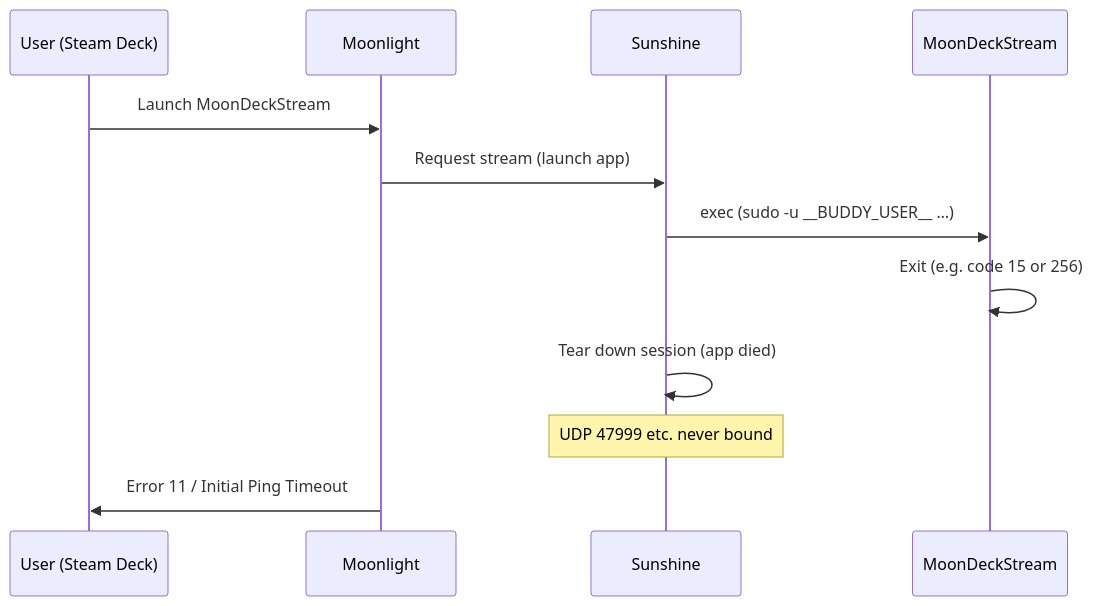
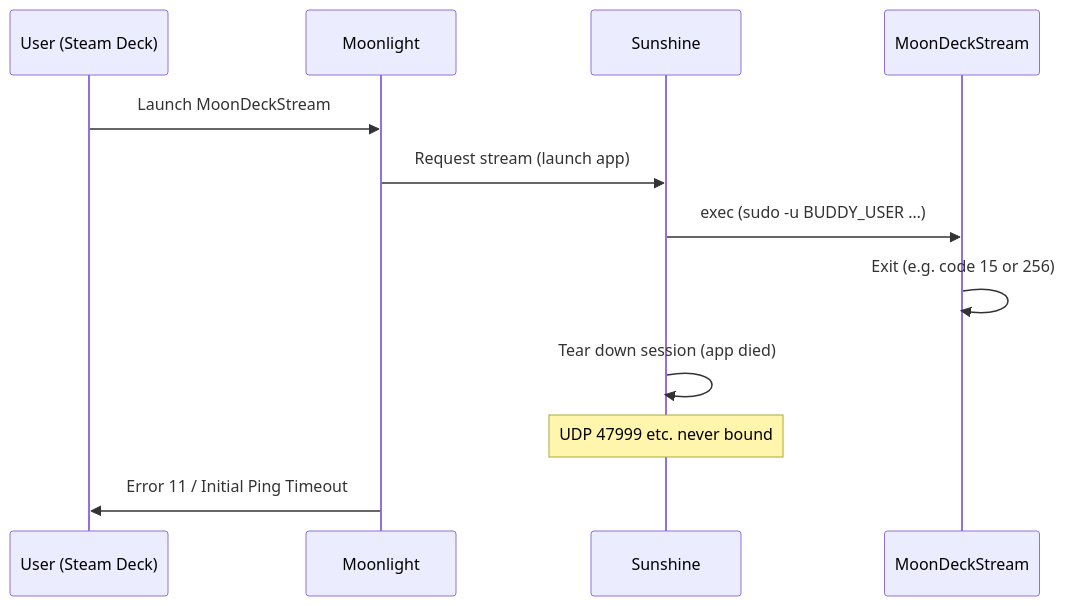
Before and after one commit to BenStringer3/StreamDeck2: the diagram in docs/troubleshooting.md, drawn with Mermaid. The commit also changed other lines of this file and 15 other files, not shown here.

````diff
--- a/docs/troubleshooting.md
+++ b/docs/troubleshooting.md
@@ -89,15 +89,15 @@
 ```mermaid
 sequenceDiagram
     participant User as User (Steam Deck)
     participant Moonlight as Moonlight
     participant Sunshine as Sunshine
     participant MDS as MoonDeckStream
 
     User->>Moonlight: Launch MoonDeckStream
     Moonlight->>Sunshine: Request stream (launch app)
-    Sunshine->>MDS: exec (sudo -u __BUDDY_USER__ …)
+    Sunshine->>MDS: exec (sudo -u BUDDY_USER …)
     MDS->>MDS: Exit (e.g. code 15 or 256)
     Sunshine->>Sunshine: Tear down session (app died)
     Note over Sunshine: UDP 47999 etc. never bound
     Moonlight->>User: Error 11 / Initial Ping Timeout
 ```
````
